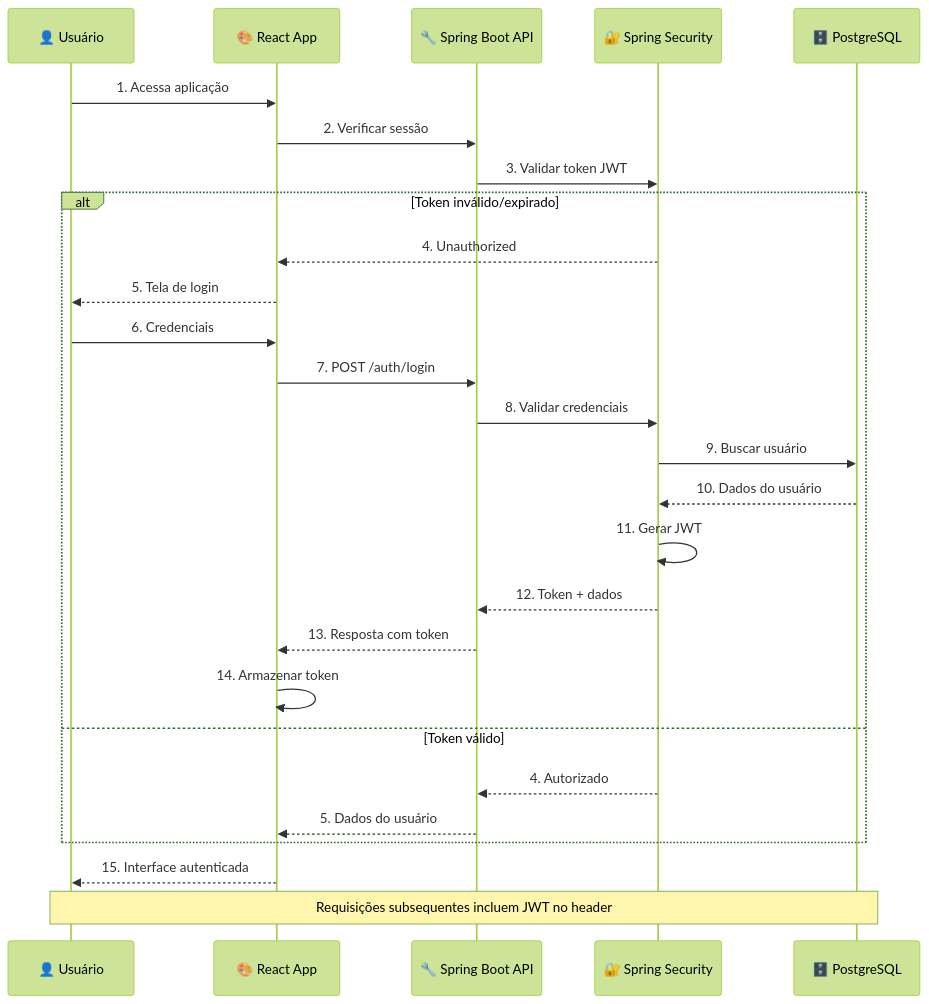
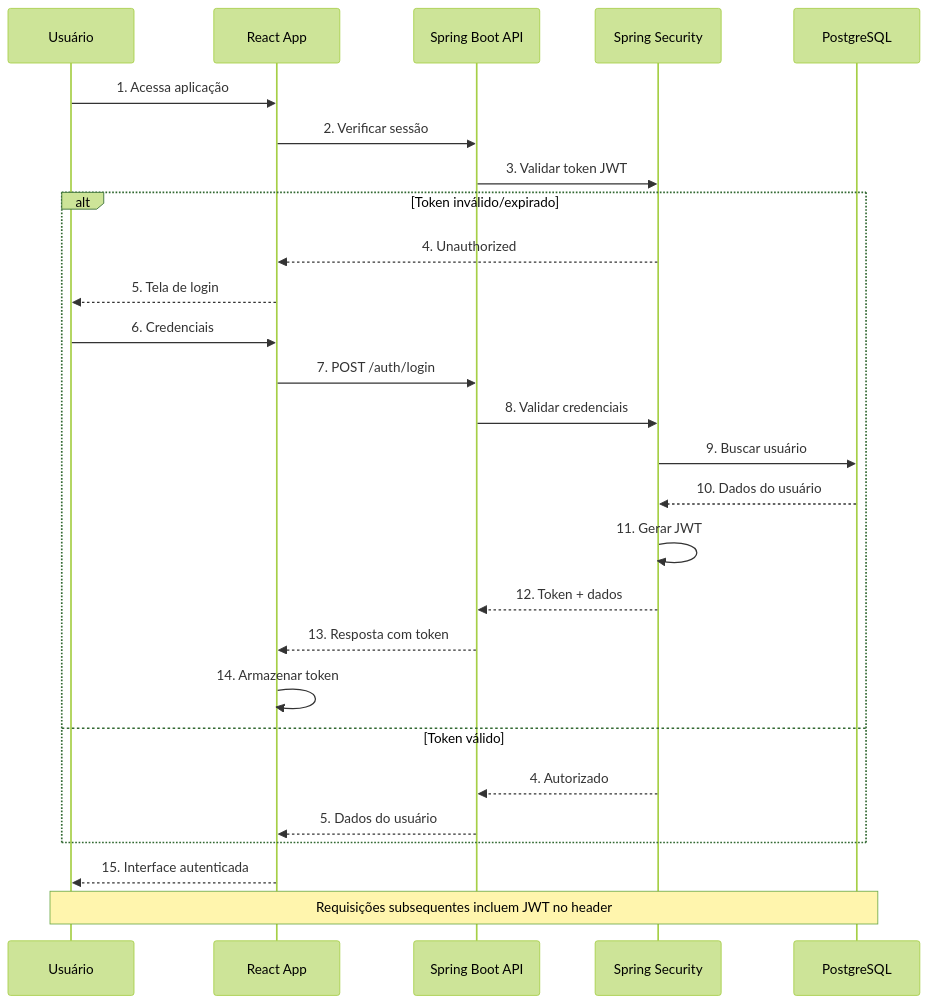
The eighth of 8 diagrams in docs/project/diagrams.md (Finboostplus/finboostplus-app), drawn with Mermaid (forest theme) before and after one commit. The commit also changed other lines of this file and 21 other files, not shown here.

````diff
--- a/docs/project/diagrams.md
+++ b/docs/project/diagrams.md
@@ -435,33 +389,33 @@
 ```mermaid
 sequenceDiagram
-    participant User as 👤 Usuário
-    participant Frontend as 🎨 React App
-    participant API as 🔧 Spring Boot API
-    participant Auth as 🔐 Spring Security
-    participant DB as 🗄️ PostgreSQL
+    participant User as Usuário
+    participant Frontend as React App
+    participant API as Spring Boot API
+    participant Auth as Spring Security
+    participant DB as PostgreSQL
     
     User->>Frontend: 1. Acessa aplicação
     Frontend->>API: 2. Verificar sessão
     API->>Auth: 3. Validar token JWT
     
     alt Token inválido/expirado
         Auth-->>Frontend: 4. Unauthorized
         Frontend-->>User: 5. Tela de login
         User->>Frontend: 6. Credenciais
         Frontend->>API: 7. POST /auth/login
         API->>Auth: 8. Validar credenciais
         Auth->>DB: 9. Buscar usuário
         DB-->>Auth: 10. Dados do usuário
         Auth->>Auth: 11. Gerar JWT
         Auth-->>API: 12. Token + dados
         API-->>Frontend: 13. Resposta com token
         Frontend->>Frontend: 14. Armazenar token
     else Token válido
         Auth-->>API: 4. Autorizado
         API-->>Frontend: 5. Dados do usuário
     end
     
     Frontend-->>User: 15. Interface autenticada
     
     Note over User,DB: Requisições subsequentes incluem JWT no header
 ```
````
